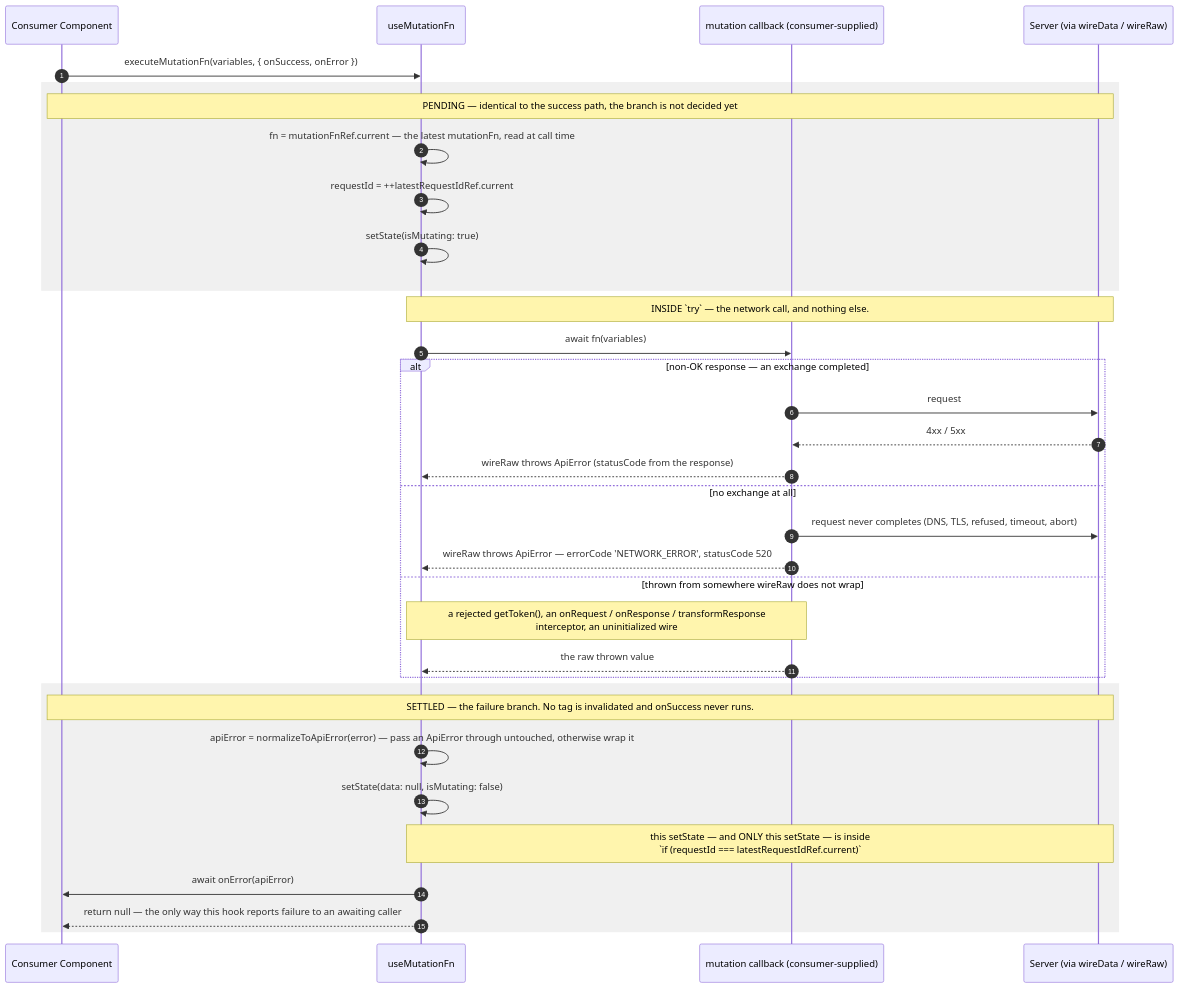
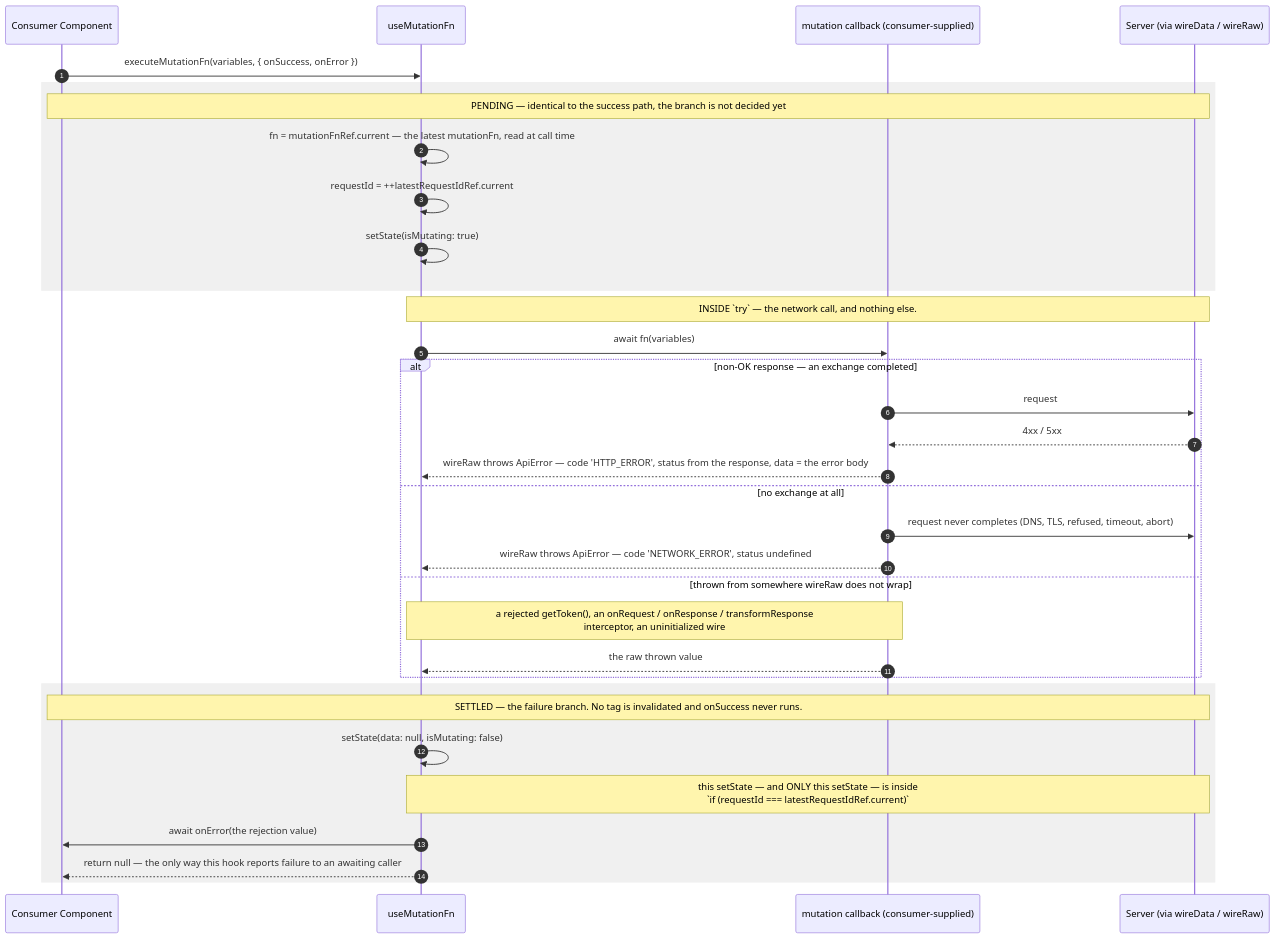
The third of 4 diagrams in docs/architecture/USE-MUTATION-FN-FLOW.md (chuhaiphu/fetchwire), drawn with Mermaid before and after one commit. The commit also changed other lines of this file and 29 other files, not shown here.

````diff
--- a/docs/architecture/USE-MUTATION-FN-FLOW.md
+++ b/docs/architecture/USE-MUTATION-FN-FLOW.md
@@ -127,41 +127,40 @@
 ```mermaid
 sequenceDiagram
     autonumber
     participant Cmp as Consumer Component
     participant H as useMutationFn
     participant Fn as mutation callback (consumer-supplied)
     participant API as Server (via wireData / wireRaw)
 
     Cmp->>H: executeMutationFn(variables, { onSuccess, onError })
 
     rect rgba(128,128,128,0.12)
         Note over Cmp,API: PENDING — identical to the success path, the branch is not decided yet
         H->>H: fn = mutationFnRef.current — the latest mutationFn, read at call time
         H->>H: requestId = ++latestRequestIdRef.current
         H->>H: setState(isMutating: true)
     end
 
     Note over H,API: INSIDE `try` — the network call, and nothing else.
     H->>Fn: await fn(variables)
 
     alt non-OK response — an exchange completed
         Fn->>API: request
         API-->>Fn: 4xx / 5xx
-        Fn-->>H: wireRaw throws ApiError (statusCode from the response)
+        Fn-->>H: wireRaw throws ApiError — code 'HTTP_ERROR', status from the response, data = the error body
     else no exchange at all
         Fn->>API: request never completes (DNS, TLS, refused, timeout, abort)
-        Fn-->>H: wireRaw throws ApiError — errorCode 'NETWORK_ERROR', statusCode 520
+        Fn-->>H: wireRaw throws ApiError — code 'NETWORK_ERROR', status undefined
     else thrown from somewhere wireRaw does not wrap
         Note over Fn,H: a rejected getToken(), an onRequest / onResponse / transformResponse<br/>interceptor, an uninitialized wire
         Fn-->>H: the raw thrown value
     end
 
     rect rgba(128,128,128,0.12)
         Note over Cmp,API: SETTLED — the failure branch. No tag is invalidated and onSuccess never runs.
-        H->>H: apiError = normalizeToApiError(error) — pass an ApiError through untouched, otherwise wrap it
         H->>H: setState(data: null, isMutating: false)
         Note over H,API: this setState — and ONLY this setState — is inside<br/>`if (requestId === latestRequestIdRef.current)`
-        H->>Cmp: await onError(apiError)
+        H->>Cmp: await onError(the rejection value)
         H-->>Cmp: return null — the only way this hook reports failure to an awaiting caller
     end
 ```
````
